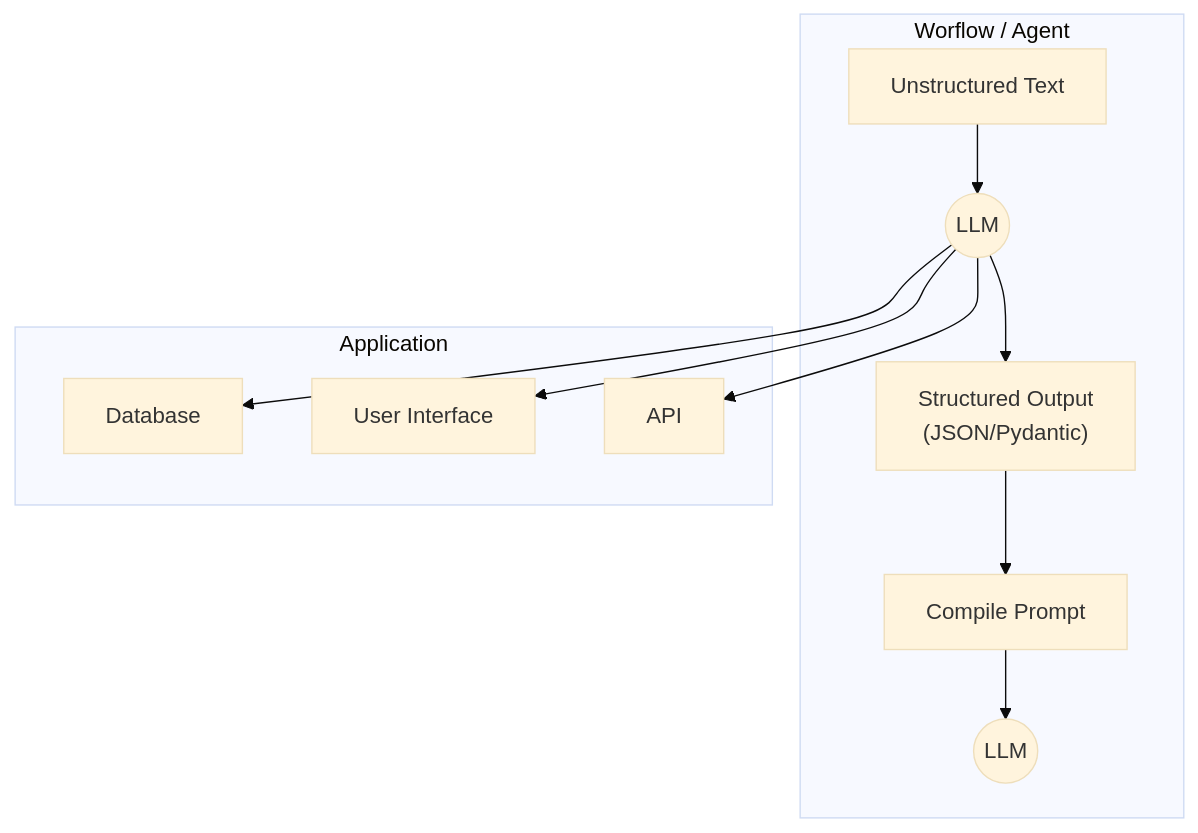
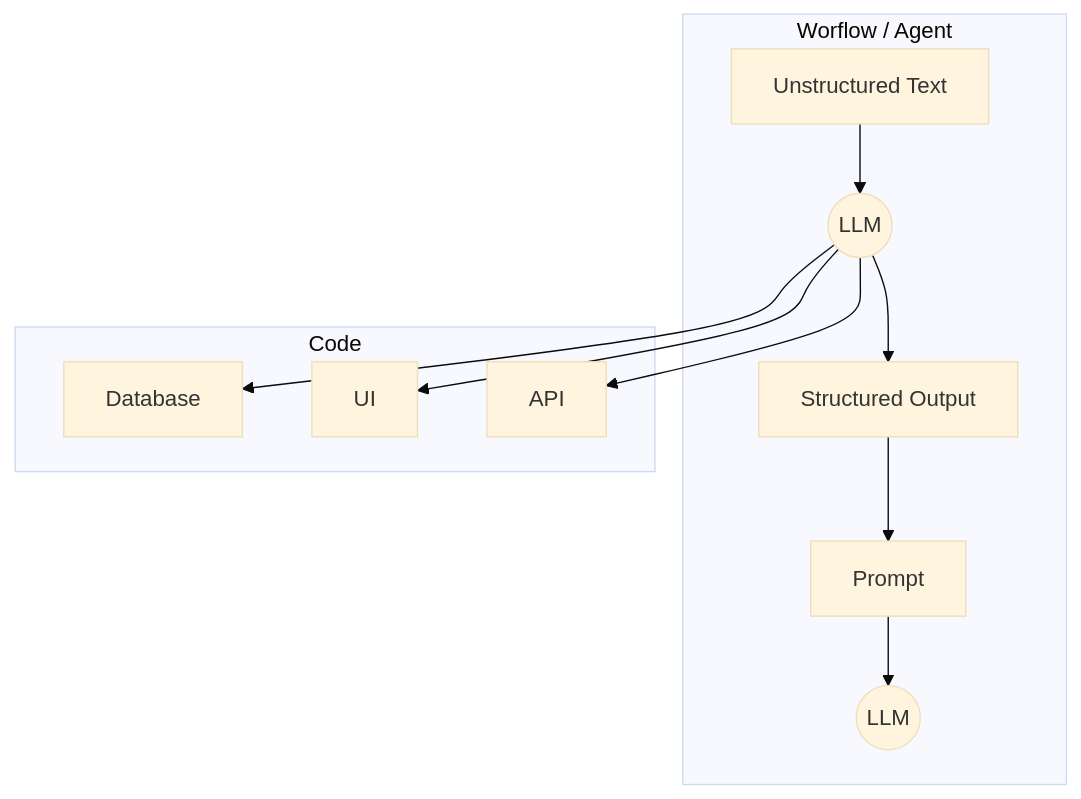
Before and after one commit to shoaibkhanz/agentic-ai-engineering-course: the second of 2 diagrams in lessons/04_structured_outputs/article.md, drawn with Mermaid (base theme).

Commit message:
feat: Tweak L4

````diff
--- a/lessons/04_structured_outputs/article.md
+++ b/lessons/04_structured_outputs/article.md
@@ -32,19 +32,19 @@
 ```mermaid
 flowchart TD
     subgraph "Worflow / Agent"
         A["Unstructured Text"] --> B(("LLM"));
-        B --> C["Structured Output <br> (JSON/Pydantic)"];
-        C --> D["Compile Prompt"];
+        B --> C["Structured Output"];
+        C --> D["Prompt"];
         D --> G(("LLM"));
     end
     
-    subgraph "Application"
+    subgraph "Code"
         E["Database"];
-        F["User Interface"];
+        F["UI"];
         H["API"];
     end
     
     B --> E;
     B --> F;
     B --> H;
 ```
````
